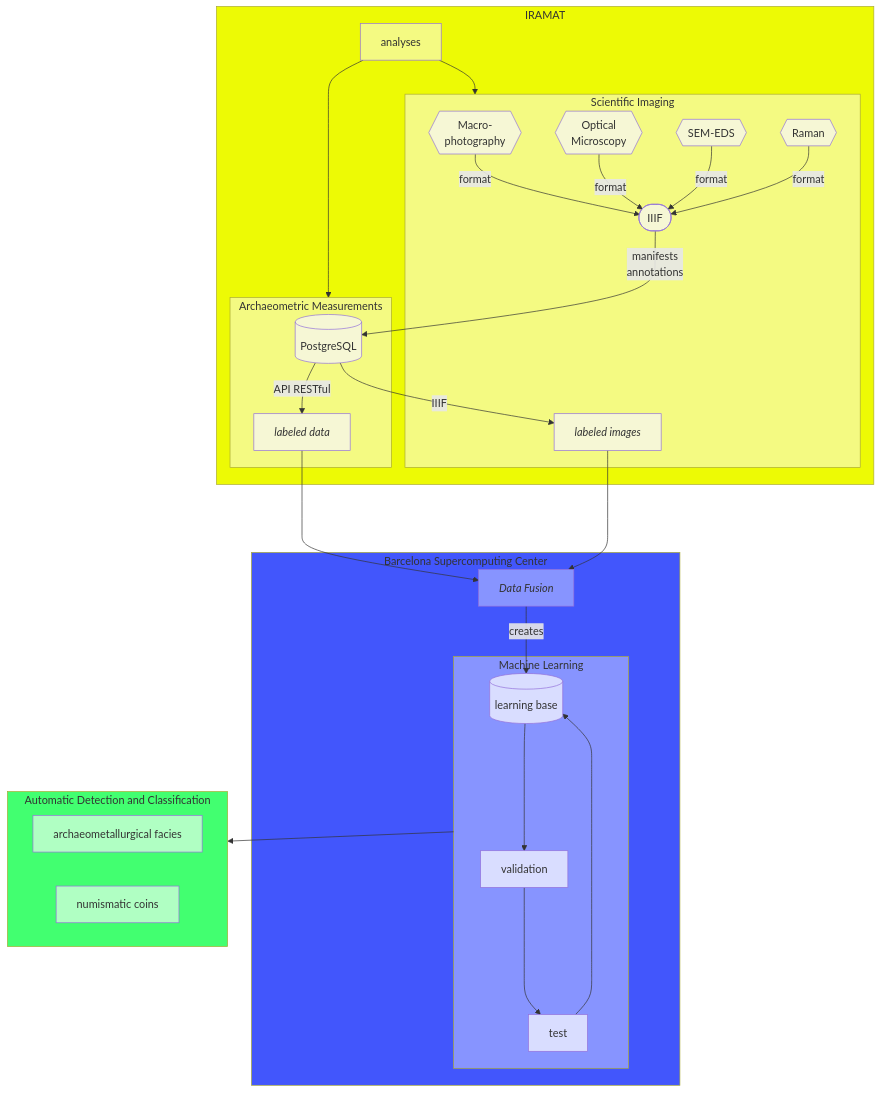
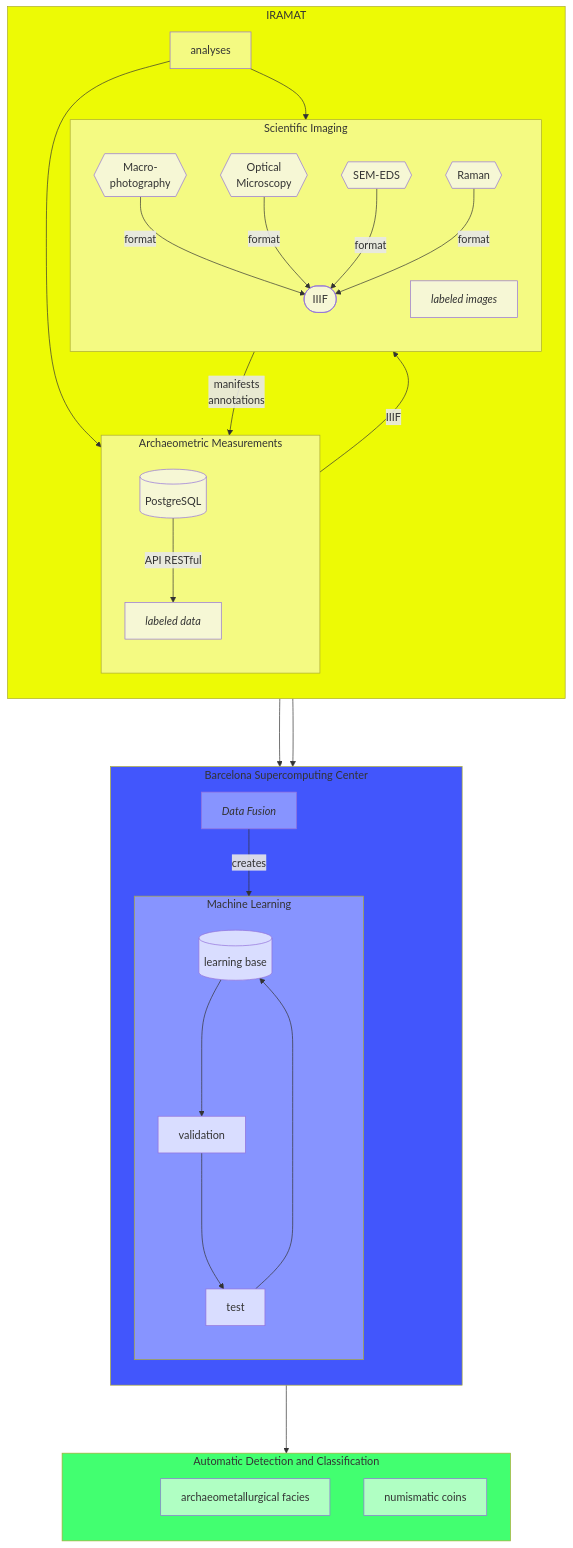
One commit to iramat/iramat-dev changed the diagram in talks/2026-bsc/README.md. Above: the diagram before and after it, drawn with Mermaid.

Commit message:
BSC workflow translated into English + spacers

````diff
--- a/talks/2026-bsc/README.md
+++ b/talks/2026-bsc/README.md
@@ -4,14 +4,25 @@
 ```mermaid
 flowchart TD
   subgraph IRAMAT[IRAMAT]
+    direction TB
+    IRAMAT_spacer[" "]:::spacer
+
     BD[(PostgreSQL)]
     analyses
     analyses --> IRAMATdata
     analyses --> IRAMATimg
+
     subgraph IRAMATdata[Archaeometric Measurements]
+        direction TB
+        IRAMATdata_spacer[" "]:::spacer
+
         BD -- API RESTful --> APIdata[<em>labeled data</em>]
     end
+
     subgraph IRAMATimg[Scientific Imaging]
+        direction TB
+        IRAMATimg_spacer[" "]:::spacer
+
         Macro{{Macro-<br>photography}} -- format --> IIIF([IIIF])
         Opt{{Optical<br>Microscopy}} -- format --> IIIF
         SEM{{SEM-EDS}} -- format --> IIIF
@@ -20,45 +31,61 @@
         BD -- IIIF --> IIIFmanifest[<em>labeled images</em>]
     end
   end
+
   APIdata ---> PyExtract[<em>Data Fusion</em>]
   IIIFmanifest ---> PyExtract
+
   subgraph BSC[Barcelona Supercomputing Center]
+    direction TB
+    BSC_spacer[" "]:::spacer
+
     PyExtract -- creates --> MLlearn[(learning base)]
     subgraph ML[Machine Learning]
+      direction TB
+      ML_spacer[" "]:::spacer
+
       MLlearn ---> MLvalid[validation]
       MLvalid ---> MLtest[test]
       MLtest --> MLlearn
     end
   end
-    subgraph out[Automatic Detection and Classification]
-      ResMet[archaeometallurgical facies]
-      ResNum[numismatic coins]
-    end
+
+  subgraph out[Automatic Detection and Classification]
+    direction TB
+    out_spacer[" "]:::spacer
+
+    ResMet[archaeometallurgical facies]
+    ResNum[numismatic coins]
+  end
+
   ML ---> out
 
-style BD fill:#cccccc
+  classDef spacer fill:transparent,stroke:transparent,color:transparent;
 
-style IRAMAT fill:#edfa05
-style analyses fill:#f4fa82
-style IRAMATdata fill:#f4fa82
-style IRAMATimg fill:#f4fa82
-style Macro fill:#f6f7d5
-style Opt fill:#f6f7d5
-style SEM fill:#f6f7d5
-style Raman fill:#f6f7d5
-style IIIF fill:#f6f7d5
-style IIIFmanifest fill:#f6f7d5
-style BD fill:#f6f7d5
-style APIdata fill:#f6f7d5
+  style BD fill:#cccccc
 
-style BSC fill:#4256fc
-style PyExtract fill:#8794ff
-style ML fill:#8794ff
-style MLlearn fill:#d9ddff
-style MLvalid fill:#d9ddff
-style MLtest fill:#d9ddff
+  style IRAMAT fill:#edfa05
+  style analyses fill:#f4fa82
+  style IRAMATdata fill:#f4fa82
+  style IRAMATimg fill:#f4fa82
+  style Macro fill:#f6f7d5
+  style Opt fill:#f6f7d5
+  style SEM fill:#f6f7d5
+  style Raman fill:#f6f7d5
+  style IIIF fill:#f6f7d5
+  style IIIFmanifest fill:#f6f7d5
+  style BD fill:#f6f7d5
+  style APIdata fill:#f6f7d5
 
-style out fill:#42ff70
-style ResMet fill:#b0ffc3
-style ResNum fill:#b0ffc3
+  style BSC fill:#4256fc
+  style PyExtract fill:#8794ff
+  style ML fill:#8794ff
+  style MLlearn fill:#d9ddff
+  style MLvalid fill:#d9ddff
+  style MLtest fill:#d9ddff
+
+  style out fill:#42ff70
+  style ResMet fill:#b0ffc3
+  style ResNum fill:#b0ffc3
+
 ```
````
